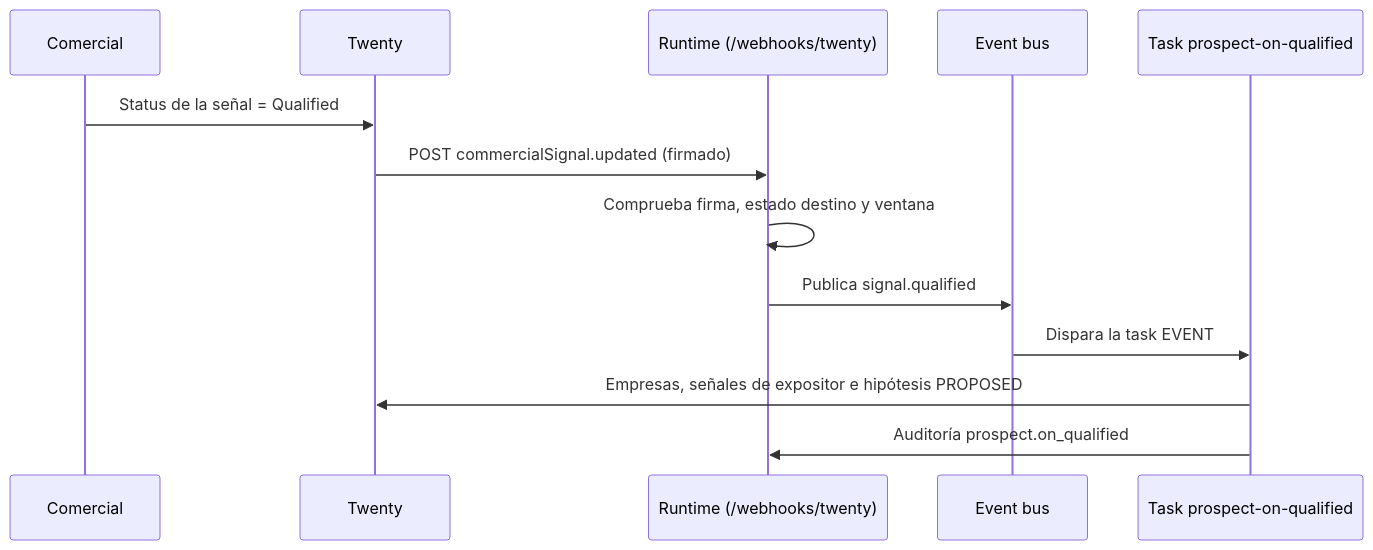
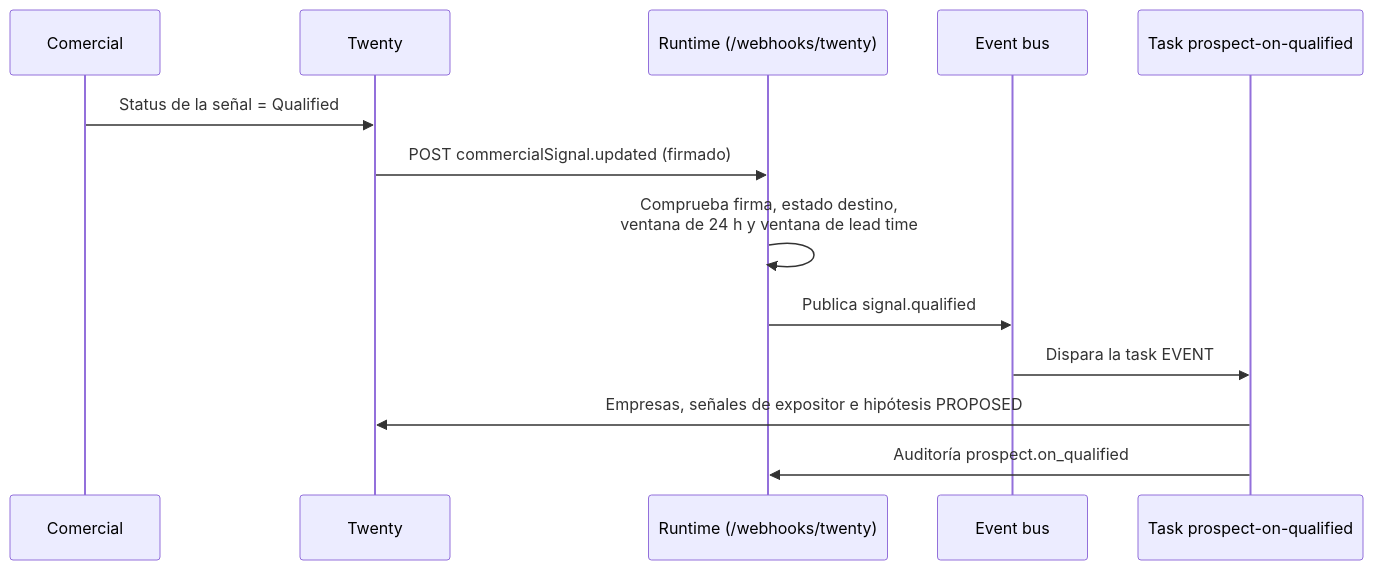
One commit to bitclicklabs/commercial-os changed the second of 2 diagrams in docs/prospeccion-por-senales.md. Above: the diagram before and after it, drawn with Mermaid. The commit also changed other lines of this file and 4 other files, not shown here.

Commit message:
docs: documenta la ventana de lead time de la tanda 18 (señales, guía comercial, runbook, ciclo de mejora y roadmap)

````diff
--- a/docs/prospeccion-por-senales.md
+++ b/docs/prospeccion-por-senales.md
@@ -91,15 +99,15 @@
 ```mermaid
 sequenceDiagram
     participant C as Comercial
     participant T as Twenty
     participant R as Runtime (/webhooks/twenty)
     participant E as Event bus
     participant K as Task prospect-on-qualified
     C->>T: Status de la señal = Qualified
     T->>R: POST commercialSignal.updated (firmado)
-    R->>R: Comprueba firma, estado destino y ventana
+    R->>R: Comprueba firma, estado destino,<br/>ventana de 24 h y ventana de lead time
     R->>E: Publica signal.qualified
     E->>K: Dispara la task EVENT
     K->>T: Empresas, señales de expositor e hipótesis PROPOSED
     K->>R: Auditoría prospect.on_qualified
 ```
````
